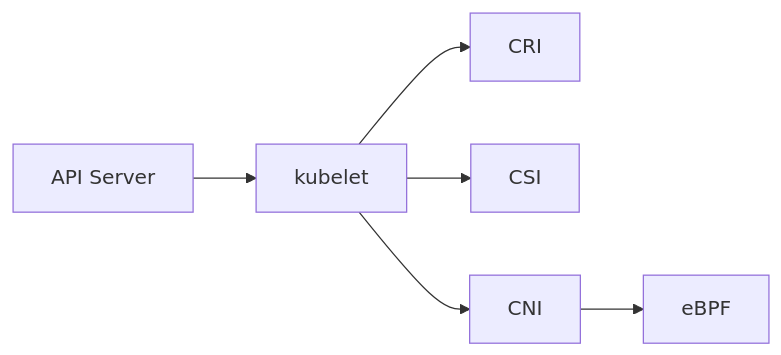
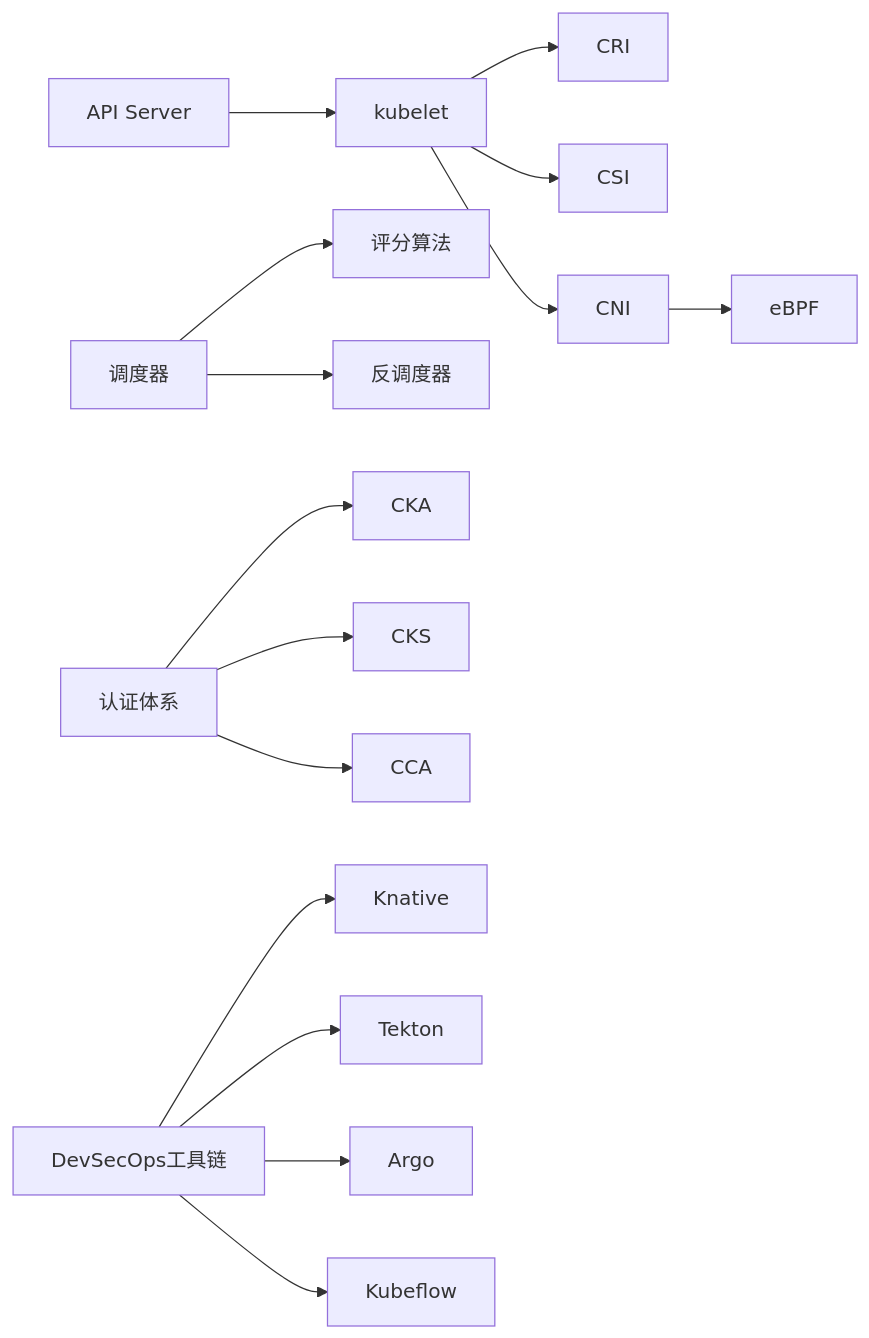
Diagram 12 of 12 in .qoder/repowiki/zh/content/技术文档体系/Kubernetes生态系统/Kubernetes生态系统.md (nianjiang/nianjiang.github.io), drawn with Mermaid before and after one commit. The commit also changed other lines of this file and 21 other files, not shown here.

````diff
--- a/.qoder/repowiki/zh/content/技术文档体系/Kubernetes生态系统/Kubernetes生态系统.md
+++ b/.qoder/repowiki/zh/content/技术文档体系/Kubernetes生态系统/Kubernetes生态系统.md
@@ -285,8 +530,17 @@
 ```mermaid
 graph LR
 APIServer["API Server"] --> Kubelet["kubelet"]
 Kubelet --> CRI["CRI"]
 Kubelet --> CSI["CSI"]
 Kubelet --> CNI["CNI"]
 CNI --> eBPF["eBPF"]
+Scheduler["调度器"] --> Score["评分算法"]
+Scheduler --> Descheduler["反调度器"]
+Certification["认证体系"] --> CKA["CKA"]
+Certification --> CKS["CKS"]
+Certification --> CCA["CCA"]
+DevSecOps["DevSecOps工具链"] --> Knative["Knative"]
+DevSecOps --> Tekton["Tekton"]
+DevSecOps --> Argo["Argo"]
+DevSecOps --> Kubeflow["Kubeflow"]
 ```
````
